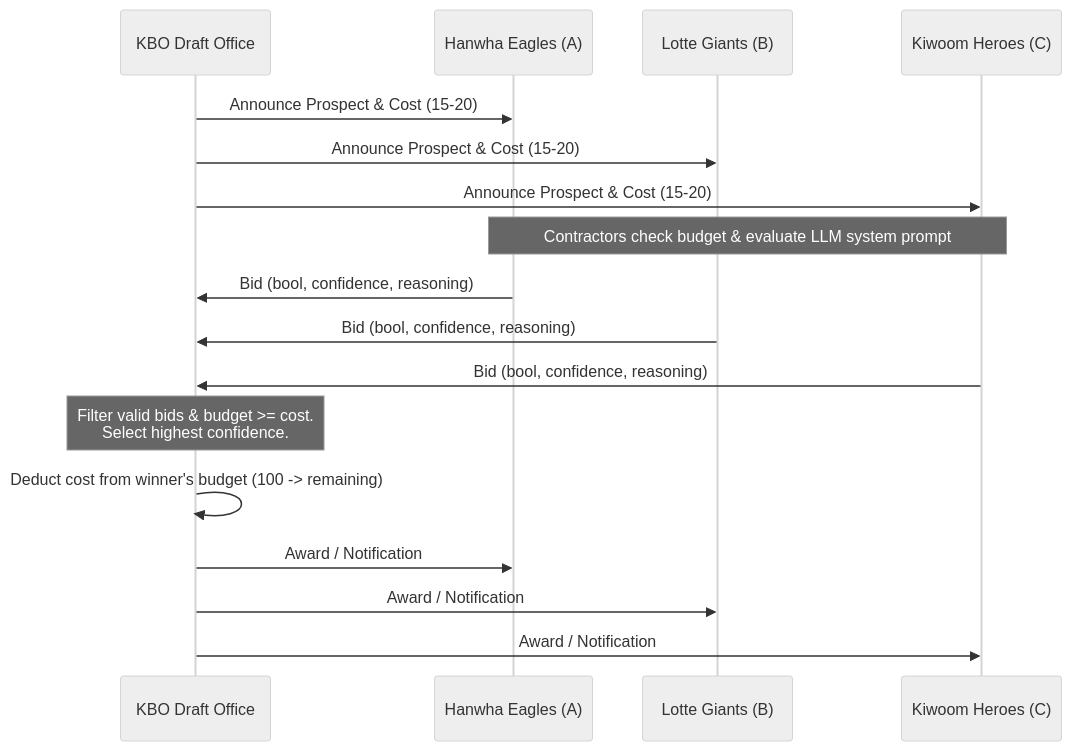
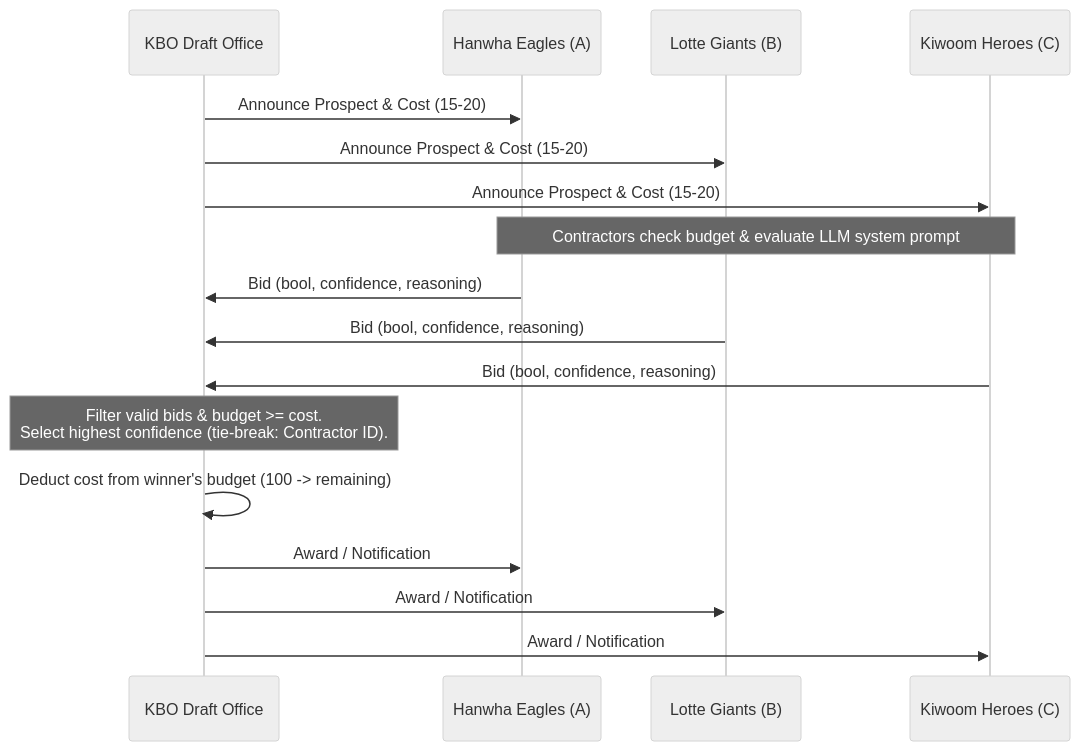
The diagram in submissions/25512090/week-03/REPORT.md (Q00/ai-agent-engineering-101), drawn with Mermaid (neutral theme) before and after one commit. The commit also changed other lines of this file, not shown here.

````diff
--- a/submissions/25512090/week-03/REPORT.md
+++ b/submissions/25512090/week-03/REPORT.md
@@ -43,24 +46,24 @@
 ```mermaid
 sequenceDiagram
     participant Manager as KBO Draft Office
     participant A as Hanwha Eagles (A)
     participant B as Lotte Giants (B)
     participant C as Kiwoom Heroes (C)
 
     Manager->>A: Announce Prospect & Cost (15-20)
     Manager->>B: Announce Prospect & Cost (15-20)
     Manager->>C: Announce Prospect & Cost (15-20)
     
     Note over A,C: Contractors check budget & evaluate LLM system prompt
     
     A->>Manager: Bid (bool, confidence, reasoning)
     B->>Manager: Bid (bool, confidence, reasoning)
     C->>Manager: Bid (bool, confidence, reasoning)
     
-    Note over Manager: Filter valid bids & budget >= cost.<br/>Select highest confidence.
+    Note over Manager: Filter valid bids & budget >= cost.<br/>Select highest confidence (tie-break: Contractor ID).
     
     Manager->>Manager: Deduct cost from winner's budget (100 -> remaining)
     Manager->>A: Award / Notification
     Manager->>B: Award / Notification
     Manager->>C: Award / Notification
 ```
````
